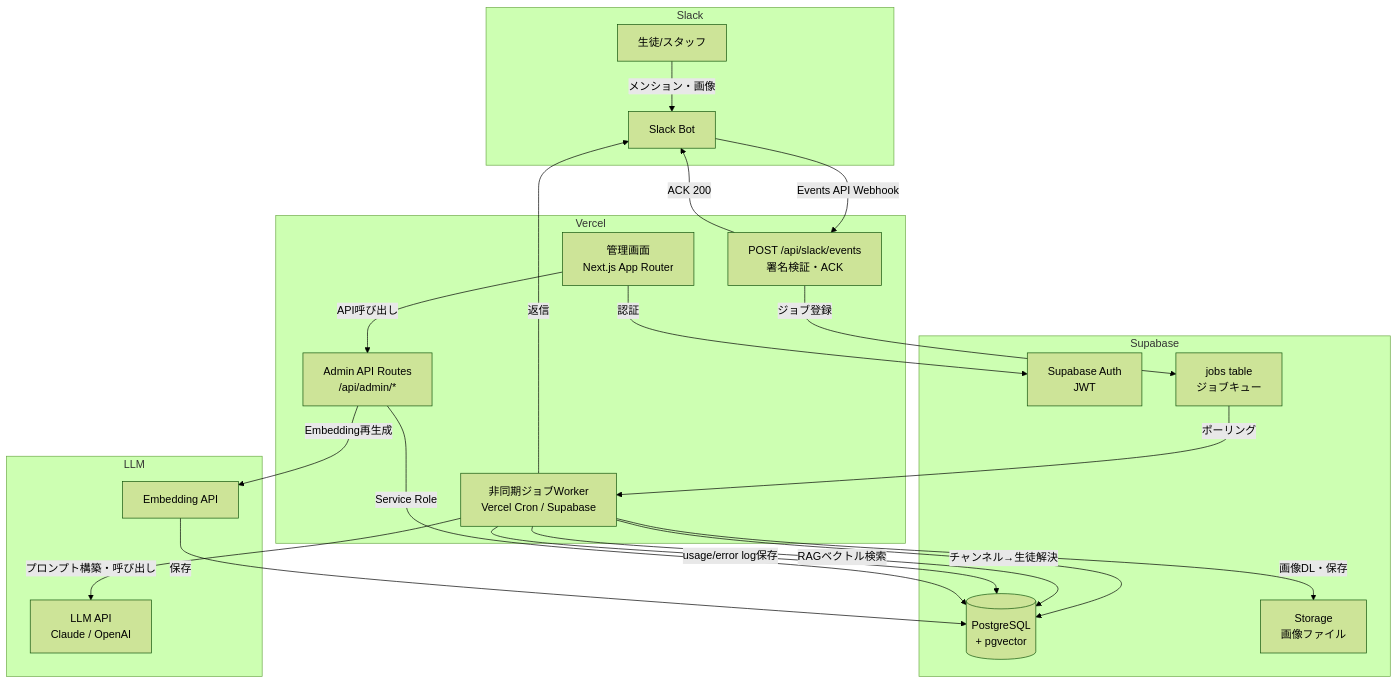
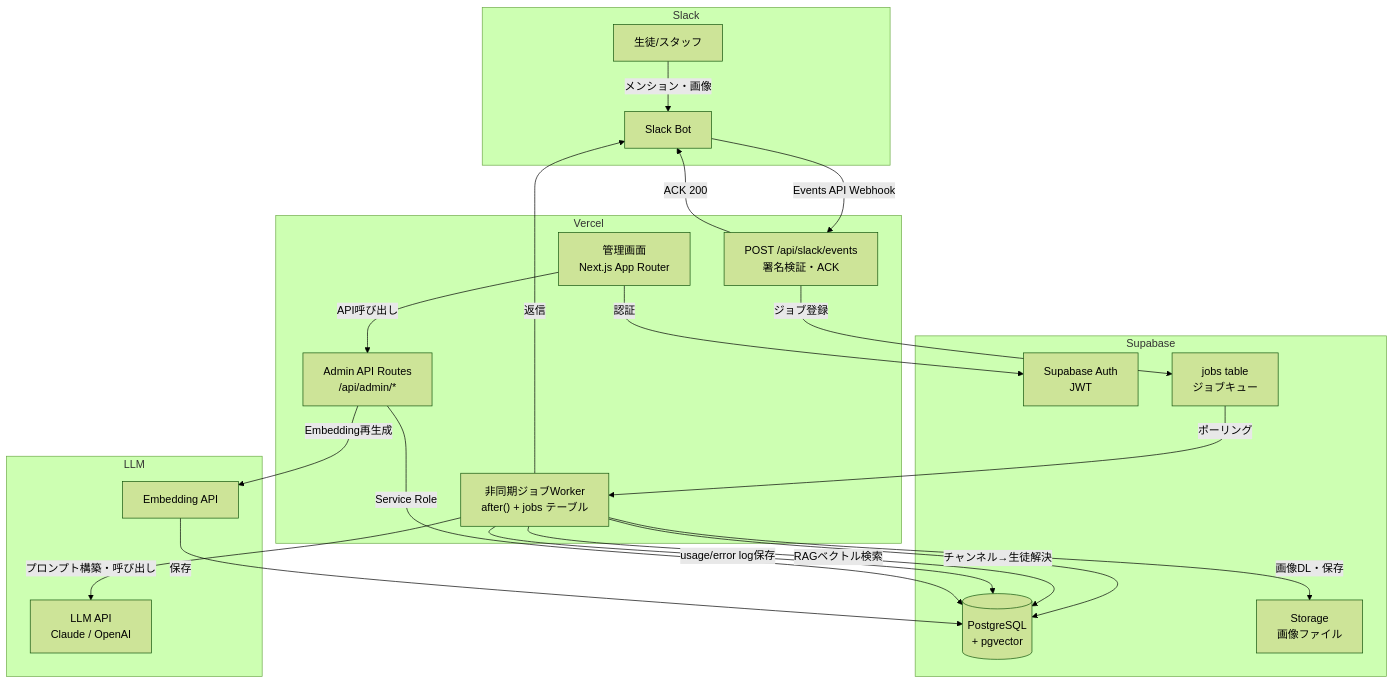
The first of 2 diagrams in docs/03_技術設計/01_アーキテクチャ.md (YU-Kawasaki-05/juku-ai-slack), drawn with Mermaid (forest theme) before and after one commit. The commit also changed other lines of this file and 83 other files, not shown here.

````diff
--- a/docs/03_技術設計/01_アーキテクチャ.md
+++ b/docs/03_技術設計/01_アーキテクチャ.md
@@ -12,45 +12,45 @@
 ```mermaid
 graph TB
     subgraph Slack
         S_USER[生徒/スタッフ]
         S_BOT[Slack Bot]
         S_USER -->|メンション・画像| S_BOT
     end
 
     subgraph Vercel
         WEBHOOK[POST /api/slack/events<br/>署名検証・ACK]
-        WORKER[非同期ジョブWorker<br/>Vercel Cron / Supabase]
+        WORKER["非同期ジョブWorker<br/>after() + jobs テーブル"]
         ADMIN_UI[管理画面<br/>Next.js App Router]
         ADMIN_API[Admin API Routes<br/>/api/admin/*]
     end
 
     subgraph Supabase
         DB[(PostgreSQL<br/>+ pgvector)]
         STORAGE[Storage<br/>画像ファイル]
         AUTH[Supabase Auth<br/>JWT]
         JOBS[jobs table<br/>ジョブキュー]
     end
 
     subgraph LLM
         LLM_API[LLM API<br/>Claude / OpenAI]
         EMBED_API[Embedding API]
     end
 
     S_BOT -->|Events API Webhook| WEBHOOK
     WEBHOOK -->|ジョブ登録| JOBS
     WEBHOOK -->|ACK 200| S_BOT
 
     JOBS -->|ポーリング| WORKER
     WORKER -->|チャンネル→生徒解決| DB
     WORKER -->|RAGベクトル検索| DB
     WORKER -->|画像DL・保存| STORAGE
     WORKER -->|プロンプト構築・呼び出し| LLM_API
     WORKER -->|返信| S_BOT
     WORKER -->|usage/error log保存| DB
 
     ADMIN_UI -->|認証| AUTH
     ADMIN_UI -->|API呼び出し| ADMIN_API
     ADMIN_API -->|Service Role| DB
     ADMIN_API -->|Embedding再生成| EMBED_API
     EMBED_API -->|保存| DB
 ```
````
